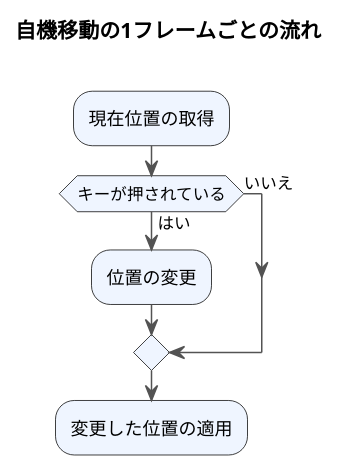
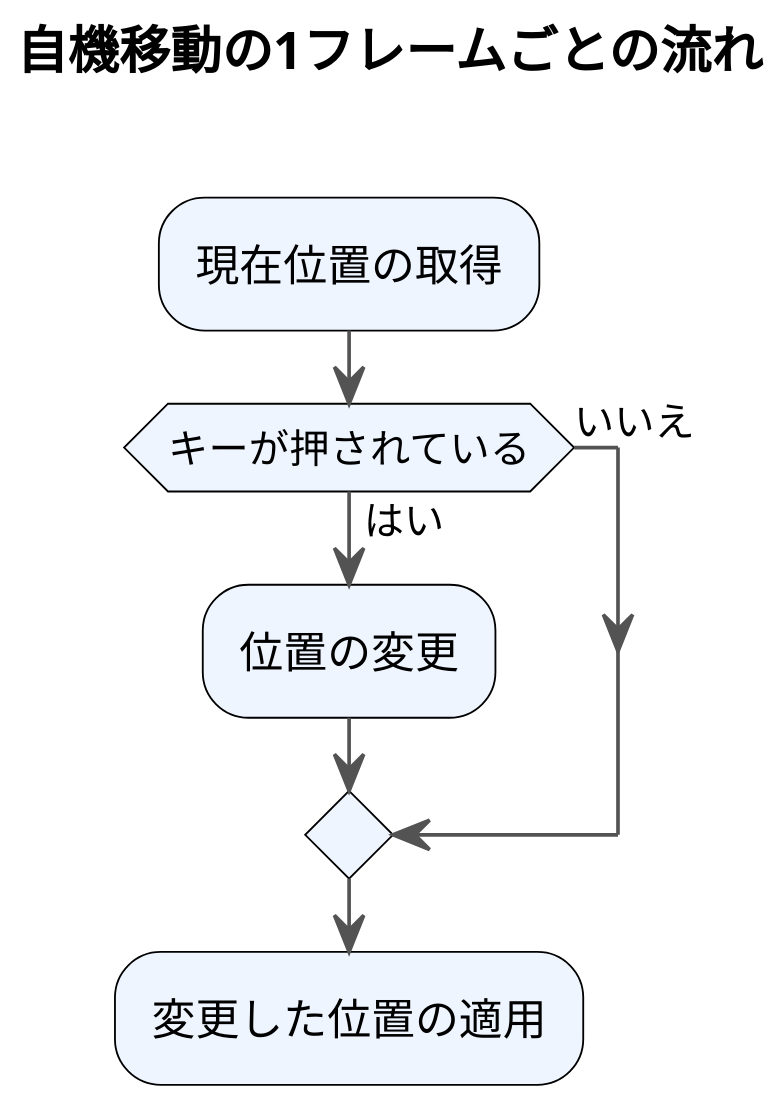
The diagram in Wiki/UML/3/InputOverView.puml (x680x0/unity-tutorial-2dshooting), drawn with PlantUML before and after one commit. The commit also changed 15 other files, not shown here.

Commit message:
Add SlideFiles and Fix UML Image of No4

```diff
--- a/Wiki/UML/3/InputOverView.puml
+++ b/Wiki/UML/3/InputOverView.puml
@@ -1,22 +1,22 @@
 @startuml
-
+scale 600 width
 
 skinparam activity{
     ArrowColor #535353
     BorderColor #000000
     BackgroundColor #eff5ff
 }
 
 title 自機移動の1フレームごとの流れ\n
 
 :現在位置の取得;
 
     if (キーが押されている) then (はい)
         :位置の変更;
     else (いいえ)
     endif
 
 :変更した位置の適用;
 
 
 @enduml
```
